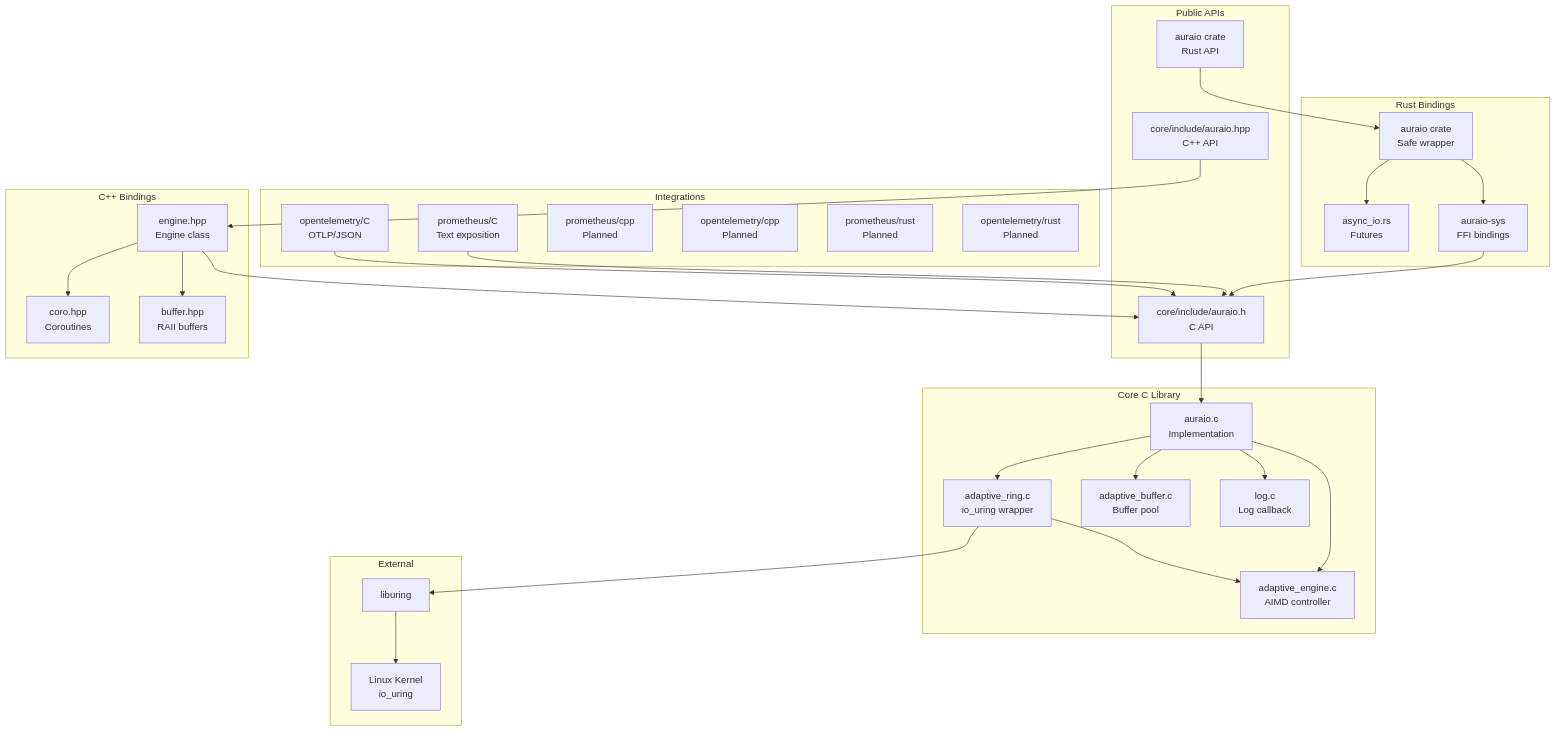
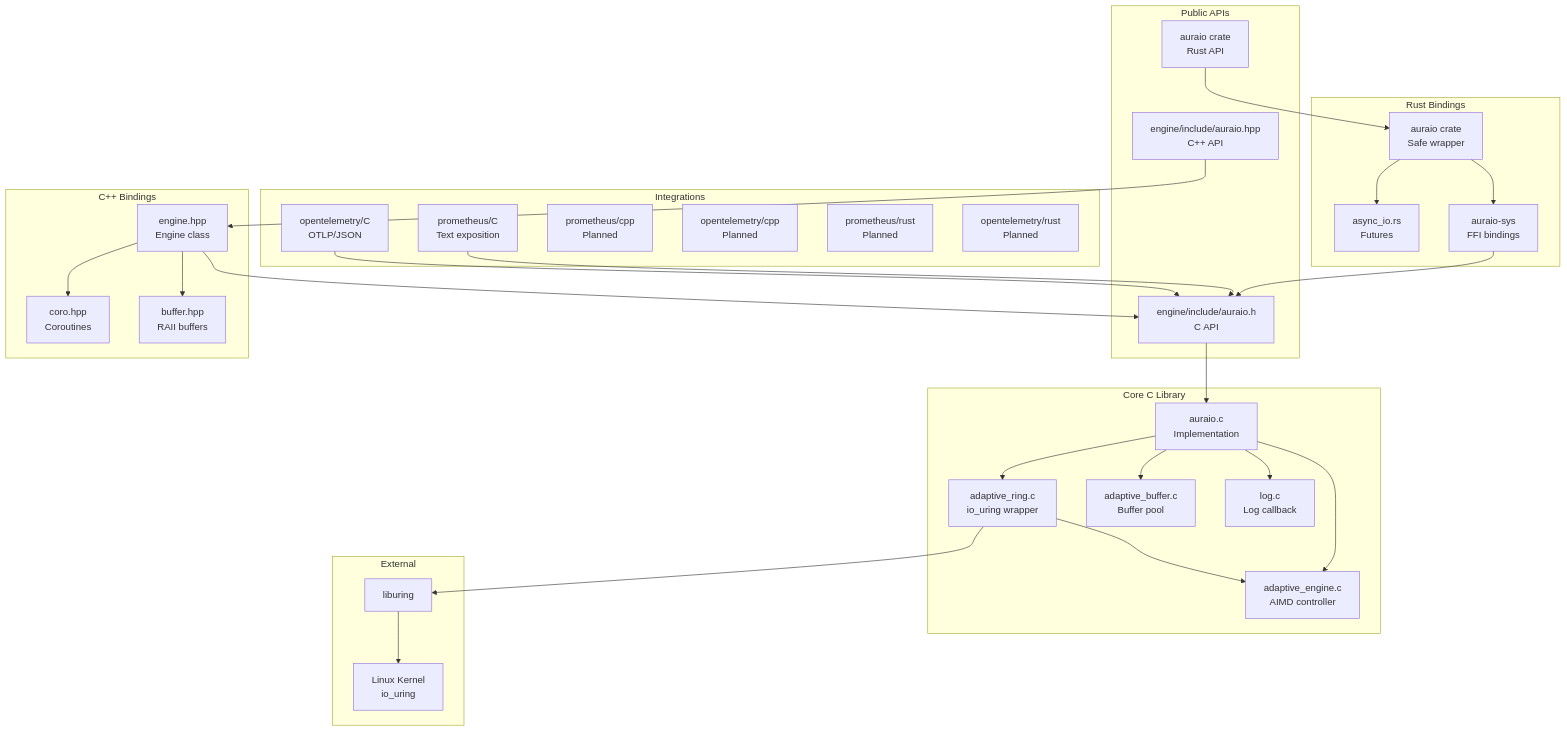
One commit to Par-B/AuraIO changed the first of 5 diagrams in docs/CODEBASE_MAP.md. Above: the diagram before and after it, drawn with Mermaid. The commit also changed other lines of this file and 36 other files, not shown here.

First line of the commit message:
refactor: rename core/ to engine/ for clarity

````diff
--- a/docs/CODEBASE_MAP.md
+++ b/docs/CODEBASE_MAP.md
@@ -15,61 +15,61 @@
 ```mermaid
 graph TB
     subgraph "Public APIs"
-        CAPI[core/include/auraio.h<br/>C API]
-        CPPAPI[core/include/auraio.hpp<br/>C++ API]
+        CAPI[engine/include/auraio.h<br/>C API]
+        CPPAPI[engine/include/auraio.hpp<br/>C++ API]
         RustAPI[auraio crate<br/>Rust API]
     end
 
     subgraph "C++ Bindings"
         Engine[engine.hpp<br/>Engine class]
         Coro[coro.hpp<br/>Coroutines]
         CppBuf[buffer.hpp<br/>RAII buffers]
     end
 
     subgraph "Rust Bindings"
         RustSafe[auraio crate<br/>Safe wrapper]
         RustAsync[async_io.rs<br/>Futures]
         RustSys[auraio-sys<br/>FFI bindings]
     end
 
     subgraph "Integrations"
         Prom[prometheus/C<br/>Text exposition]
         OTel[opentelemetry/C<br/>OTLP/JSON]
         PromCpp[prometheus/cpp<br/>Planned]
         OTelCpp[opentelemetry/cpp<br/>Planned]
         PromRust[prometheus/rust<br/>Planned]
         OTelRust[opentelemetry/rust<br/>Planned]
     end
 
     subgraph "Core C Library"
         Impl[auraio.c<br/>Implementation]
         Ring[adaptive_ring.c<br/>io_uring wrapper]
         Adaptive[adaptive_engine.c<br/>AIMD controller]
         BufPool[adaptive_buffer.c<br/>Buffer pool]
         Log[log.c<br/>Log callback]
     end
 
     subgraph "External"
         liburing[liburing]
         Kernel[Linux Kernel<br/>io_uring]
     end
 
     CPPAPI --> Engine
     Engine --> Coro
     Engine --> CppBuf
     Engine --> CAPI
     RustAPI --> RustSafe
     RustSafe --> RustAsync
     RustSafe --> RustSys
     RustSys --> CAPI
     Prom --> CAPI
     OTel --> CAPI
     CAPI --> Impl
     Impl --> Ring
     Impl --> Adaptive
     Impl --> BufPool
     Impl --> Log
     Ring --> Adaptive
     Ring --> liburing
     liburing --> Kernel
 ```
````
